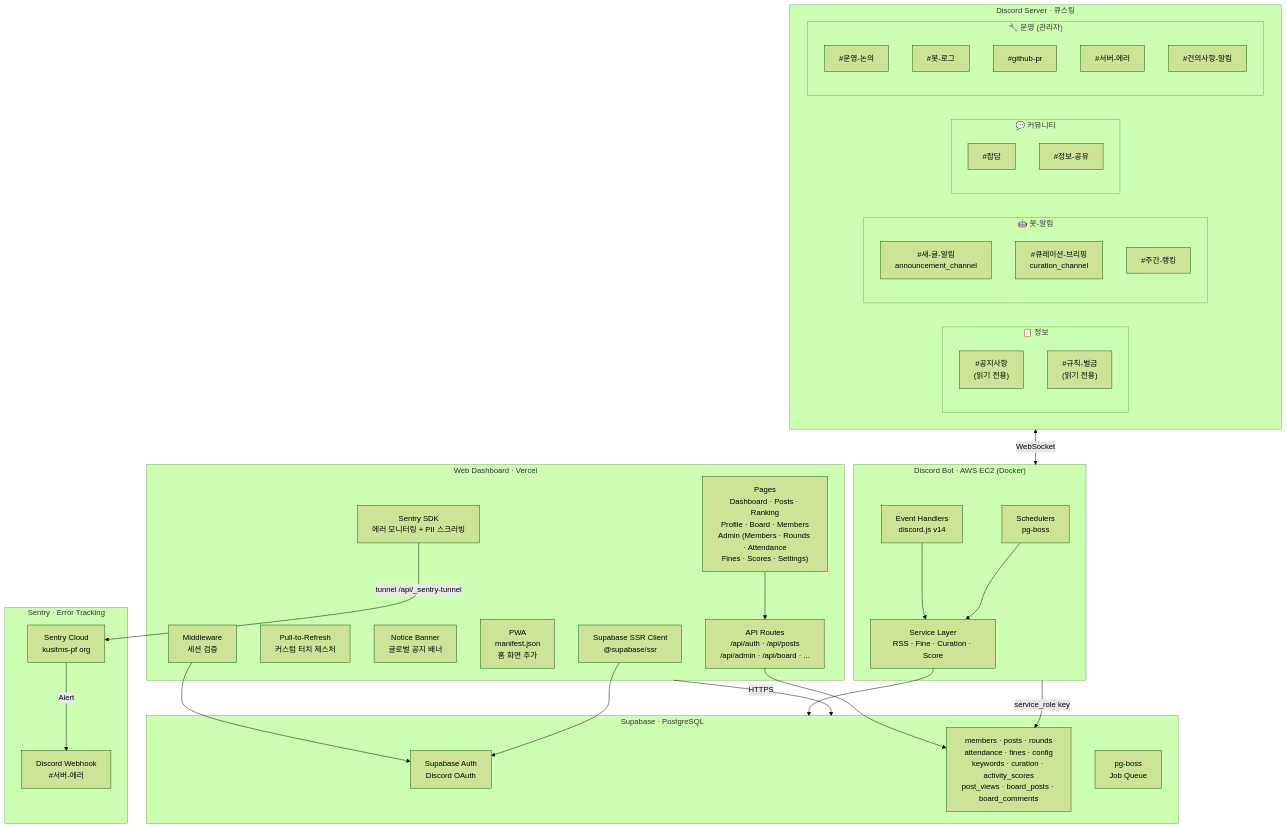
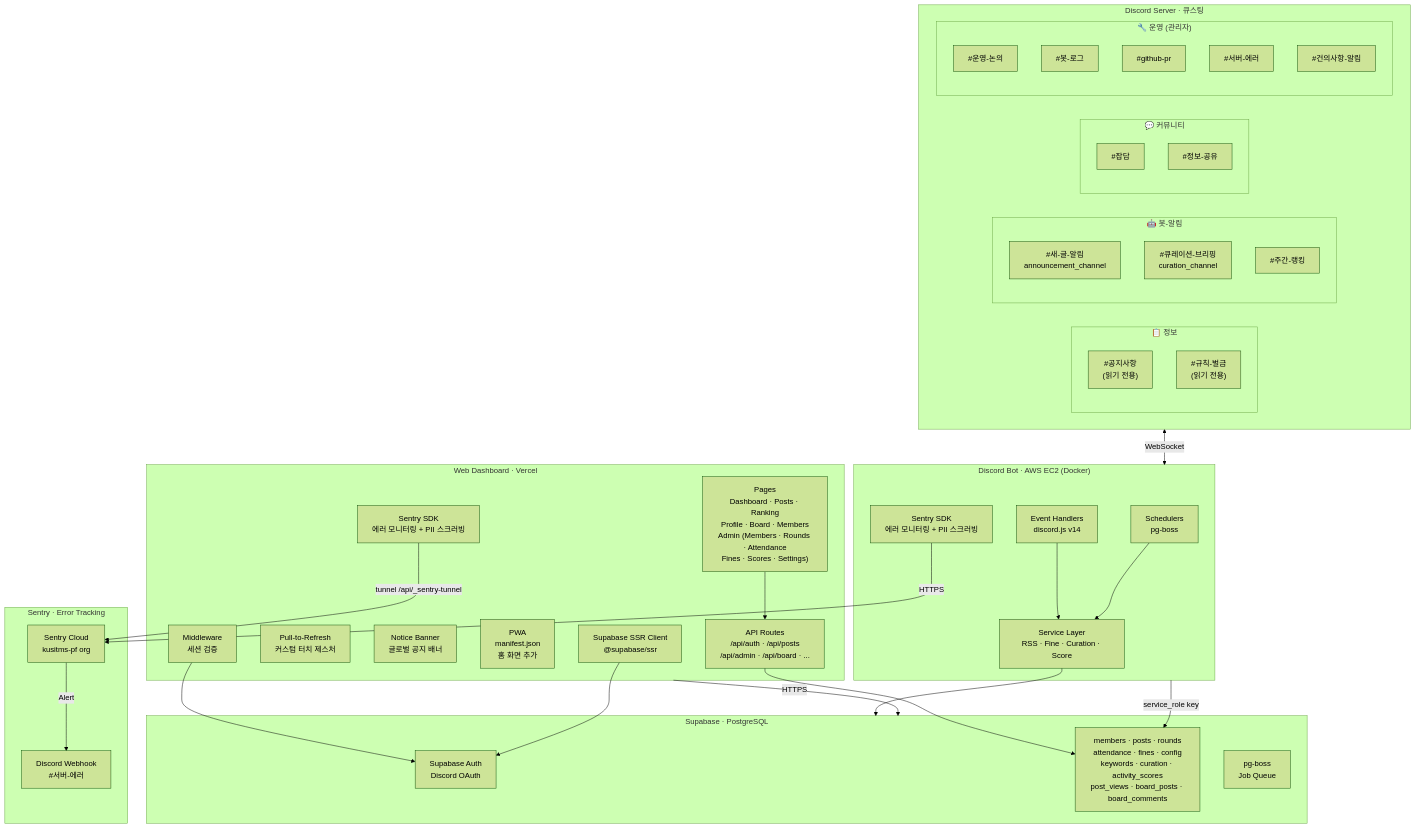
The first of 9 diagrams in docs/ARCHITECTURE.md (bbbang105/study-admin), drawn with Mermaid (forest theme) before and after one commit. The commit also changed other lines of this file and 12 other files, not shown here.

First line of the commit message:
feat(bot): Sentry 에러 모니터링 연동 (Discord error-webhook 대체) (#43)

````diff
--- a/docs/ARCHITECTURE.md
+++ b/docs/ARCHITECTURE.md
@@ -9,67 +9,69 @@
 ```mermaid
 graph TB
     subgraph Discord["Discord Server · 큐스팅"]
         subgraph DCH_INFO["📋 정보"]
             CH_NOTICE["#공지사항<br/>(읽기 전용)"]
             CH_RULES["#규칙-벌금<br/>(읽기 전용)"]
         end
         subgraph DCH_BOT["🤖 봇-알림"]
             CH_RSS["#새-글-알림<br/>announcement_channel"]
             CH_CURA["#큐레이션-브리핑<br/>curation_channel"]
             CH_RANK["#주간-랭킹"]
         end
         subgraph DCH_COMM["💬 커뮤니티"]
             CH_CHAT["#잡담"]
             CH_SHARE["#정보-공유"]
         end
         subgraph DCH_OPS["🔧 운영 (관리자)"]
             CH_OPS["#운영-논의"]
             CH_LOG["#봇-로그"]
             CH_PR["#github-pr"]
             CH_ERR["#서버-에러"]
             CH_SUGGEST["#건의사항-알림"]
         end
     end
 
     subgraph Bot["Discord Bot · AWS EC2 (Docker)"]
         SCH["Schedulers<br/>pg-boss"]
         EVT["Event Handlers<br/>discord.js v14"]
         SVC["Service Layer<br/>RSS · Fine · Curation · Score"]
+        SENTRY_BOT["Sentry SDK<br/>에러 모니터링 + PII 스크러빙"]
     end
 
     subgraph DB["Supabase · PostgreSQL"]
         AUTH["Supabase Auth<br/>Discord OAuth"]
         TABLES["members · posts · rounds<br/>attendance · fines · config<br/>keywords · curation · activity_scores<br/>post_views · board_posts · board_comments"]
         PGBOSS["pg-boss<br/>Job Queue"]
     end
 
     subgraph Web["Web Dashboard · Vercel"]
         MW["Middleware<br/>세션 검증"]
         PAGES["Pages<br/>Dashboard · Posts · Ranking<br/>Profile · Board · Members<br/>Admin (Members · Rounds · Attendance<br/>Fines · Scores · Settings)"]
         PTR["Pull-to-Refresh<br/>커스텀 터치 제스처"]
         BANNER["Notice Banner<br/>글로벌 공지 배너"]
         PWA["PWA<br/>manifest.json<br/>홈 화면 추가"]
         API["API Routes<br/>/api/auth · /api/posts<br/>/api/admin · /api/board · ..."]
         SUPA_CLIENT["Supabase SSR Client<br/>@supabase/ssr"]
         SENTRY_WEB["Sentry SDK<br/>에러 모니터링 + PII 스크러빙"]
     end
 
     subgraph Monitoring["Sentry · Error Tracking"]
         SENTRY["Sentry Cloud<br/>kusitms-pf org"]
         DISCORD_WH["Discord Webhook<br/>#서버-에러"]
     end
 
     Discord <-->|WebSocket| Bot
     EVT --> SVC
     SCH --> SVC
     SVC --> DB
     Bot -->|service_role key| TABLES
 
     Web -->|HTTPS| DB
     MW --> AUTH
     SUPA_CLIENT --> AUTH
     API --> TABLES
     PAGES --> API
     SENTRY_WEB -->|tunnel /api/_sentry-tunnel| SENTRY
+    SENTRY_BOT -->|HTTPS| SENTRY
     SENTRY -->|Alert| DISCORD_WH
 ```
````
